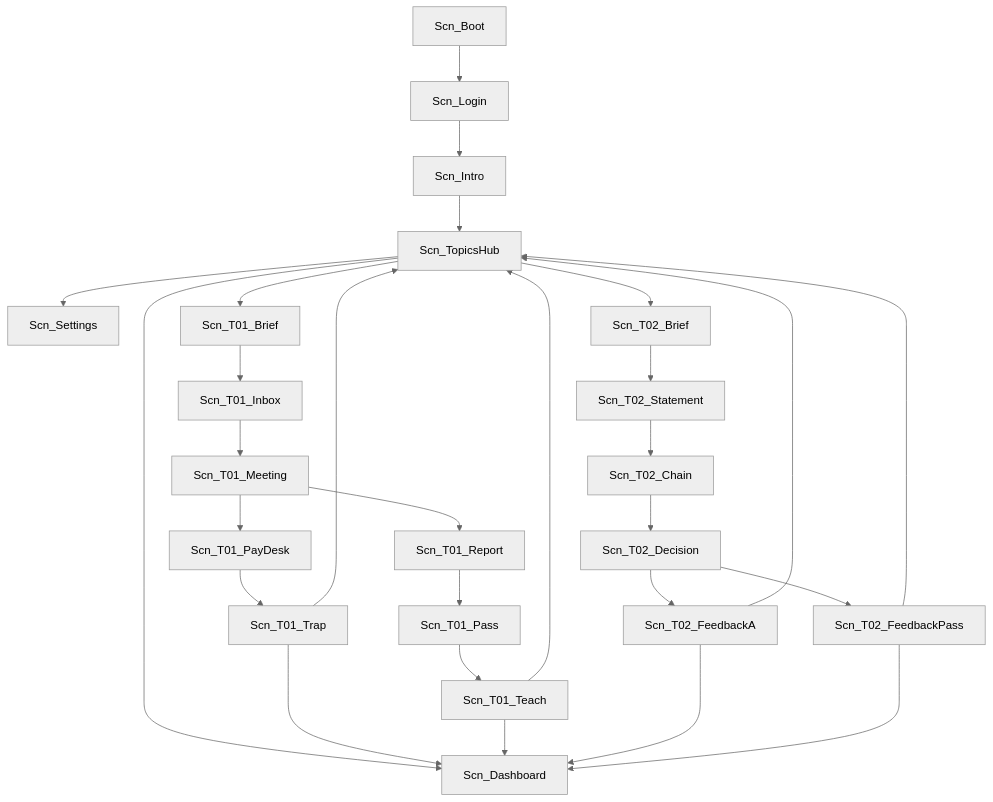
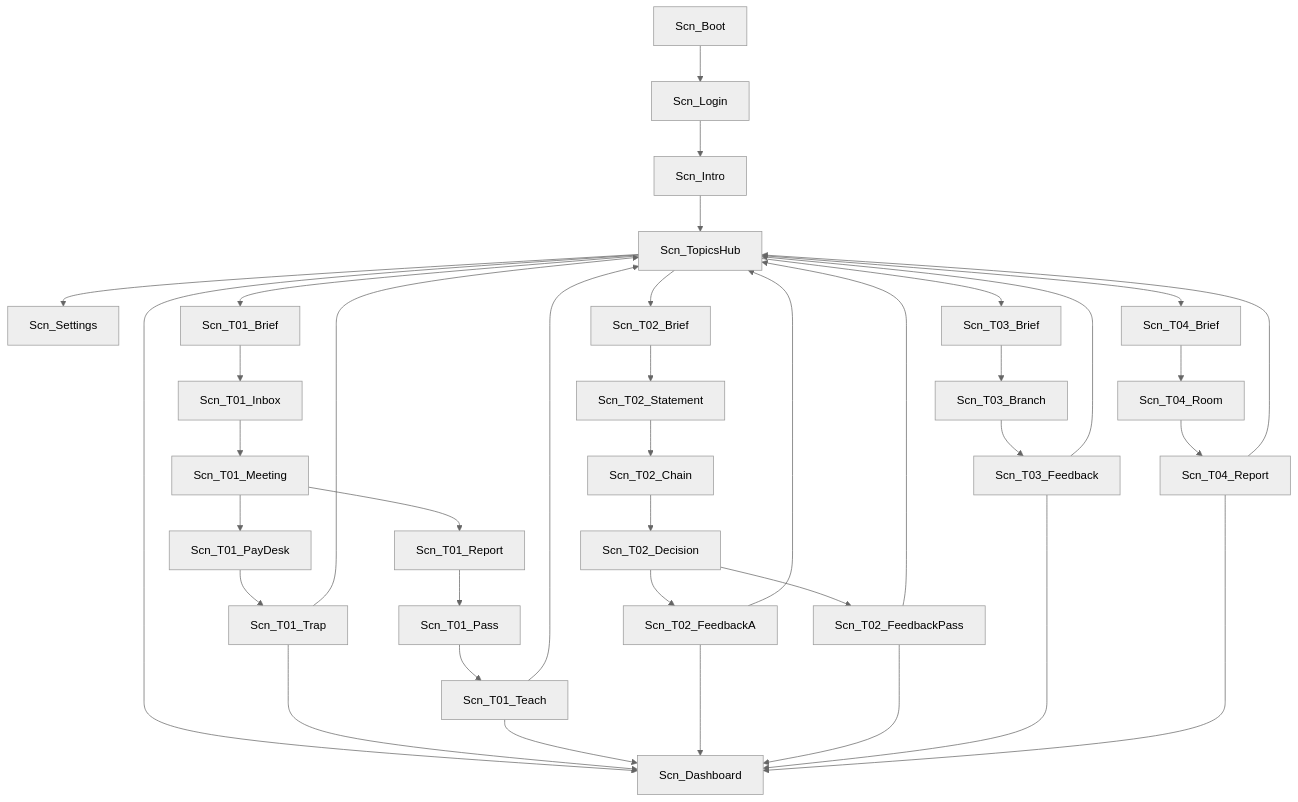
The diagram in unity/UNITY.md (innalhy/aml-twin), drawn with Mermaid (neutral theme) before and after one commit. The commit also changed other lines of this file and 4 other files, not shown here.

Commit message:
Update architecture and effects documentation; add Topic 3 and Topic 4 details to Unity room structure and dashboard

````diff
--- a/unity/UNITY.md
+++ b/unity/UNITY.md
@@ -47,30 +47,40 @@
 ```mermaid
 flowchart TD
   boot[Scn_Boot] --> login[Scn_Login]
   login --> intro[Scn_Intro]
   intro --> hub[Scn_TopicsHub]
   hub --> dash[Scn_Dashboard]
   hub --> settings[Scn_Settings]
   hub --> t01b[Scn_T01_Brief]
+  hub --> t03b[Scn_T03_Brief]
+  hub --> t04b[Scn_T04_Brief]
   hub --> t02b[Scn_T02_Brief]
   t01b --> inbox[Scn_T01_Inbox]
   inbox --> meet[Scn_T01_Meeting]
   meet --> pay[Scn_T01_PayDesk]
   meet --> report[Scn_T01_Report]
   pay --> trap[Scn_T01_Trap]
   report --> pass[Scn_T01_Pass]
   pass --> teach[Scn_T01_Teach]
   trap --> hub
   trap --> dash
   teach --> hub
   teach --> dash
   t02b --> statement[Scn_T02_Statement]
   statement --> chain[Scn_T02_Chain]
   chain --> decision[Scn_T02_Decision]
   decision --> miss[Scn_T02_FeedbackA]
   decision --> ok[Scn_T02_FeedbackPass]
   miss --> hub
   miss --> dash
   ok --> hub
   ok --> dash
+  t03b --> branch[Scn_T03_Branch]
+  branch --> t03f[Scn_T03_Feedback]
+  t03f --> hub
+  t03f --> dash
+  t04b --> room[Scn_T04_Room]
+  room --> t04r[Scn_T04_Report]
+  t04r --> hub
+  t04r --> dash
 ```
````
